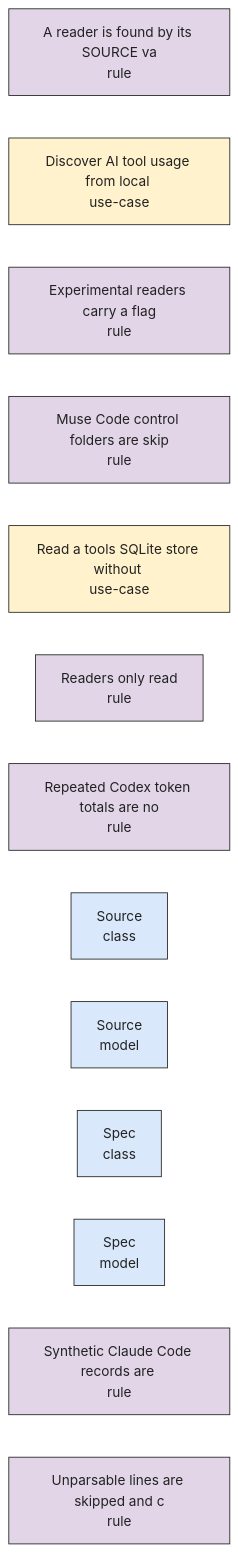
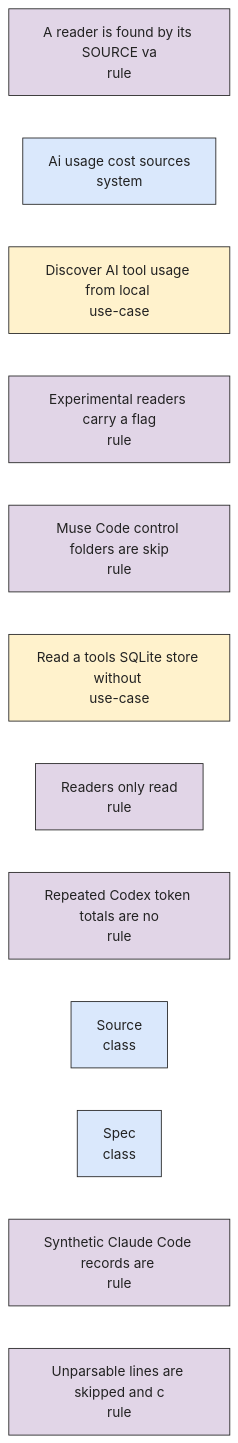
Before and after one commit to GeorgiNaydenov/LocalTokenomics: the diagram in docs/brain/Ontology/ch-localtokenomics-src-ai-usage-cost-sources.mmd, drawn with Mermaid. The commit also changed 16 other files, not shown here.

```diff
--- a/docs/brain/Ontology/ch-localtokenomics-src-ai-usage-cost-sources.mmd
+++ b/docs/brain/Ontology/ch-localtokenomics-src-ai-usage-cost-sources.mmd
@@ -1,22 +1,21 @@
 flowchart LR
     n0["A reader is found by its SOURCE va<br/>rule"]
-    n1["Discover AI tool usage from local <br/>use-case"]
-    n2["Experimental readers carry a flag<br/>rule"]
-    n3["Muse Code control folders are skip<br/>rule"]
-    n4["Read a tools SQLite store without <br/>use-case"]
-    n5["Readers only read<br/>rule"]
-    n6["Repeated Codex token totals are no<br/>rule"]
-    n7["Source<br/>class"]
-    n8["Source<br/>model"]
+    n1["Ai usage cost sources<br/>system"]
+    n2["Discover AI tool usage from local <br/>use-case"]
+    n3["Experimental readers carry a flag<br/>rule"]
+    n4["Muse Code control folders are skip<br/>rule"]
+    n5["Read a tools SQLite store without <br/>use-case"]
+    n6["Readers only read<br/>rule"]
+    n7["Repeated Codex token totals are no<br/>rule"]
+    n8["Source<br/>class"]
     n9["Spec<br/>class"]
-    n10["Spec<br/>model"]
-    n11["Synthetic Claude Code records are <br/>rule"]
-    n12["Unparsable lines are skipped and c<br/>rule"]
+    n10["Synthetic Claude Code records are <br/>rule"]
+    n11["Unparsable lines are skipped and c<br/>rule"]
     classDef k_class fill:#dae8fc,stroke:#222222,color:#222222
-    class n7,n9 k_class
-    classDef k_model fill:#dae8fc,stroke:#222222,color:#222222
-    class n8,n10 k_model
+    class n8,n9 k_class
     classDef k_rule fill:#e1d5e7,stroke:#222222,color:#222222
-    class n0,n2,n3,n5,n6,n11,n12 k_rule
+    class n0,n3,n4,n6,n7,n10,n11 k_rule
+    classDef k_system fill:#dae8fc,stroke:#222222,color:#222222
+    class n1 k_system
     classDef k_usecase fill:#fff2cc,stroke:#222222,color:#222222
-    class n1,n4 k_usecase
+    class n2,n5 k_usecase
```
